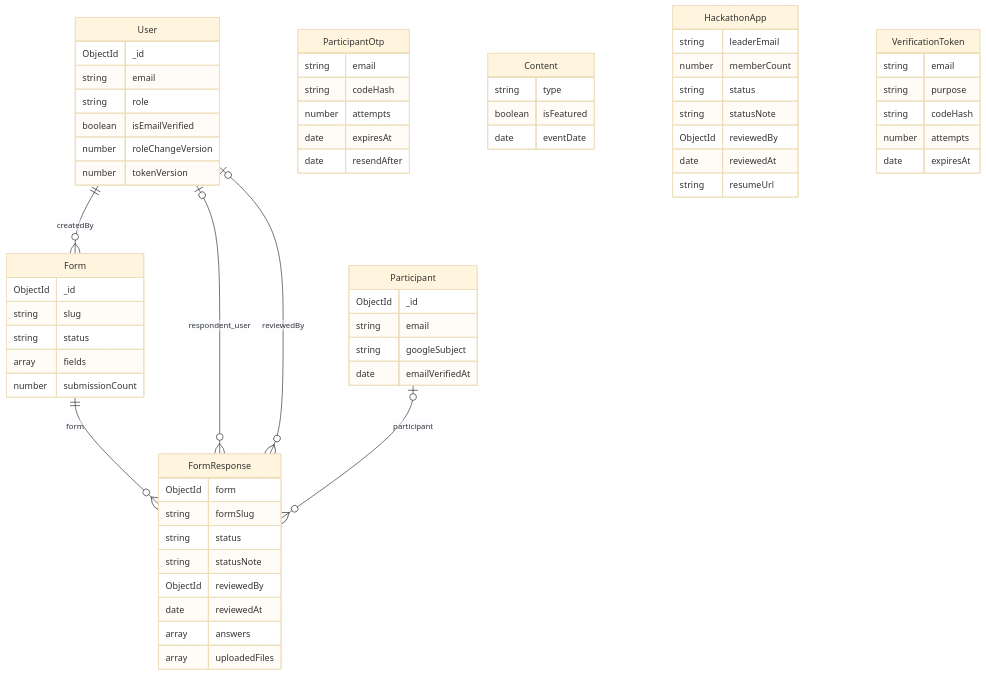
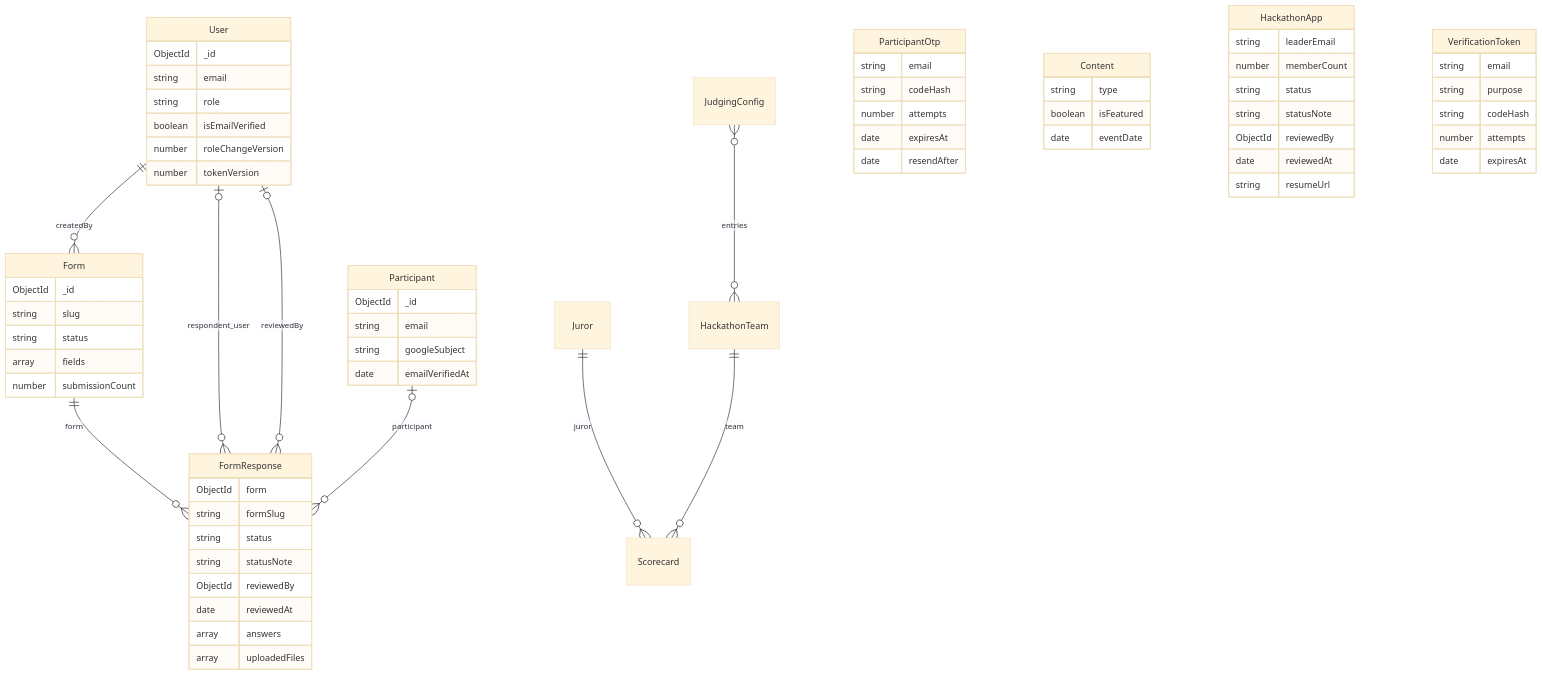
Before and after one commit to GDGonCampusPAU/GDG-On-Campus-Web: the diagram in docs/DATABASE.md, drawn with Mermaid (base theme). The commit also changed other lines of this file and 1 other file, not shown here.

````diff
--- a/docs/DATABASE.md
+++ b/docs/DATABASE.md
@@ -11,67 +11,70 @@
 ```mermaid
 erDiagram
     User ||--o{ Form : createdBy
     Form ||--o{ FormResponse : form
     User o|--o{ FormResponse : respondent_user
     User o|--o{ FormResponse : reviewedBy
     Participant o|--o{ FormResponse : participant
+    Juror ||--o{ Scorecard : juror
+    HackathonTeam ||--o{ Scorecard : team
+    JudgingConfig }o--o{ HackathonTeam : entries
     Participant {
         ObjectId _id
         string email
         string googleSubject
         date emailVerifiedAt
     }
     ParticipantOtp {
         string email
         string codeHash
         number attempts
         date expiresAt
         date resendAfter
     }
     User {
         ObjectId _id
         string email
         string role
         boolean isEmailVerified
         number roleChangeVersion
         number tokenVersion
     }
     Form {
         ObjectId _id
         string slug
         string status
         array fields
         number submissionCount
     }
     FormResponse {
         ObjectId form
         string formSlug
         string status
         string statusNote
         ObjectId reviewedBy
         date reviewedAt
         array answers
         array uploadedFiles
     }
     Content {
         string type
         boolean isFeatured
         date eventDate
     }
     HackathonApp {
         string leaderEmail
         number memberCount
         string status
         string statusNote
         ObjectId reviewedBy
         date reviewedAt
         string resumeUrl
     }
     VerificationToken {
         string email
         string purpose
         string codeHash
         number attempts
         date expiresAt
     }
 ```
````
